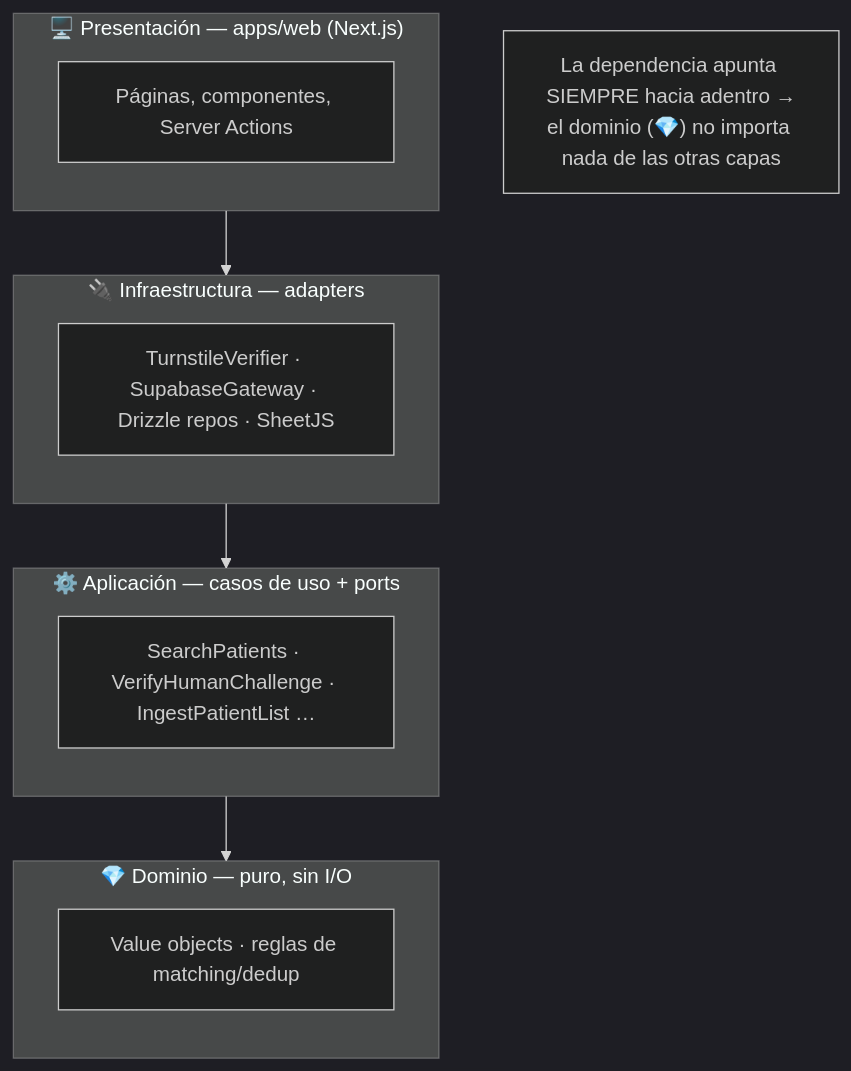
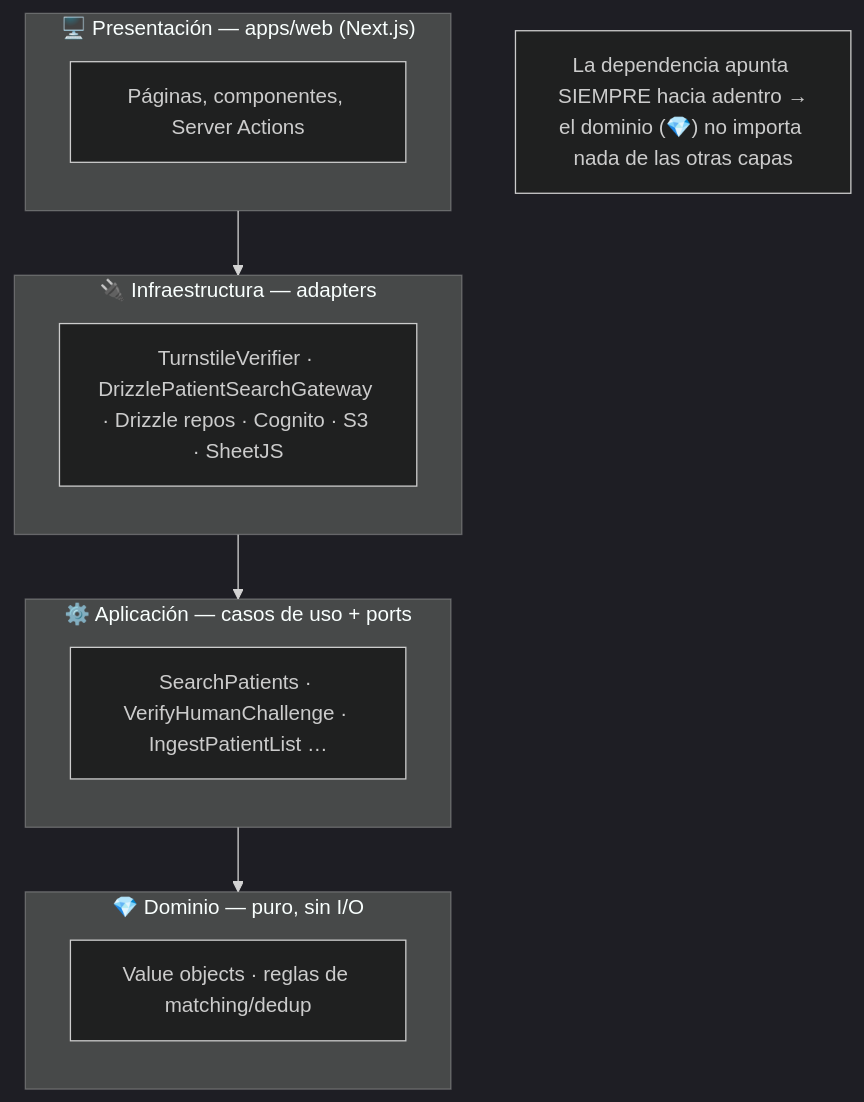
One commit to jorgeluisd/encuentramevzla changed the fifth of 7 diagrams in docs/ARCHITECTURE.md. Above: the diagram before and after it, drawn with Mermaid (dark theme). The commit also changed other lines of this file and 54 other files, not shown here.

````diff
--- a/docs/ARCHITECTURE.md
+++ b/docs/ARCHITECTURE.md
@@ -197,23 +207,23 @@
 ```mermaid
 flowchart TD
     subgraph P["🖥️ Presentación — apps/web (Next.js)"]
         direction TB
         ui["Páginas, componentes, Server Actions"]
     end
     subgraph I["🔌 Infraestructura — adapters"]
         direction TB
-        ad["TurnstileVerifier · SupabaseGateway · Drizzle repos · SheetJS"]
+        ad["TurnstileVerifier · DrizzlePatientSearchGateway · Drizzle repos · Cognito · S3 · SheetJS"]
     end
     subgraph A["⚙️ Aplicación — casos de uso + ports"]
         direction TB
         uc["SearchPatients · VerifyHumanChallenge · IngestPatientList …"]
     end
     subgraph D["💎 Dominio — puro, sin I/O"]
         direction TB
         dom["Value objects · reglas de matching/dedup"]
     end
 
     P --> I --> A --> D
 
     note["La dependencia apunta SIEMPRE hacia adentro →<br/>el dominio (💎) no importa nada de las otras capas"]
 ```
````
